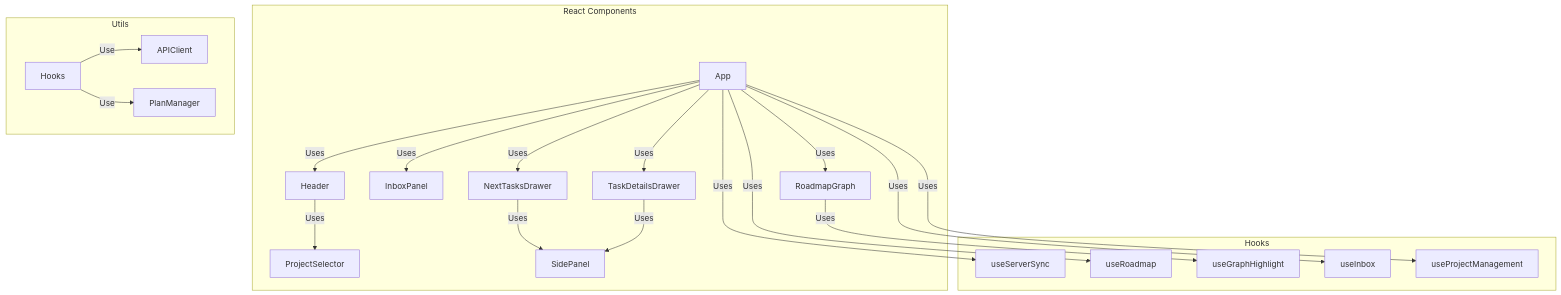
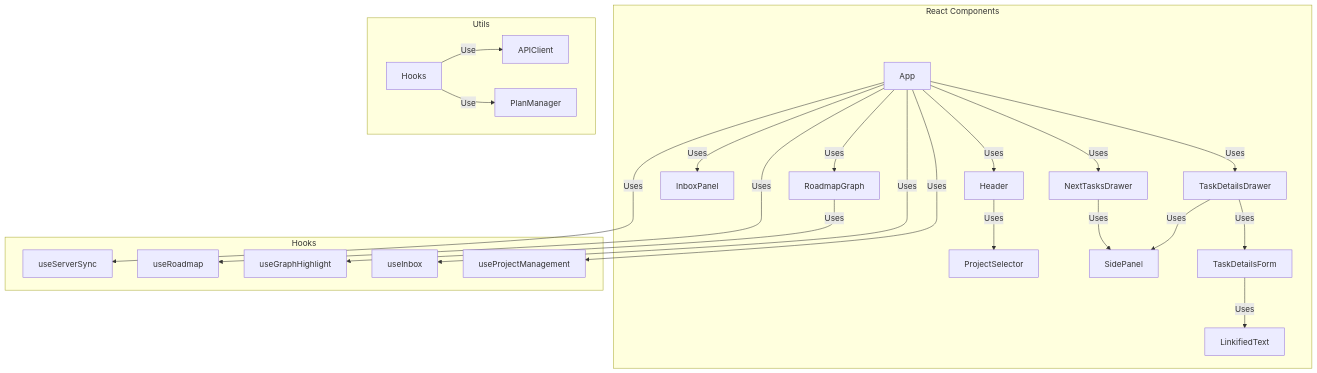
Before and after one commit to tantinlala/blossom-mcp: the diagram in docs/architecture/frontend.md, drawn with Mermaid. The commit also changed other lines of this file and 8 other files, not shown here.

````diff
--- a/docs/architecture/frontend.md
+++ b/docs/architecture/frontend.md
@@ -3,24 +3,26 @@
 ```mermaid
 graph TD
     subgraph React Components
         App -->|Uses| RoadmapGraph
         App -->|Uses| InboxPanel
         App -->|Uses| NextTasksDrawer
         App -->|Uses| TaskDetailsDrawer
         App -->|Uses| Header
         Header -->|Uses| ProjectSelector
         NextTasksDrawer -->|Uses| SidePanel
         TaskDetailsDrawer -->|Uses| SidePanel
+        TaskDetailsDrawer -->|Uses| TaskDetailsForm
+        TaskDetailsForm -->|Uses| LinkifiedText
     end
     subgraph Hooks
         App -->|Uses| useServerSync
         App -->|Uses| useRoadmap
         RoadmapGraph -->|Uses| useGraphHighlight
         App -->|Uses| useInbox
         App -->|Uses| useProjectManagement
     end
     subgraph Utils
         Hooks2[Hooks] -->|Use| APIClient
         Hooks2 -->|Use| PlanManager
     end
 ```
````
